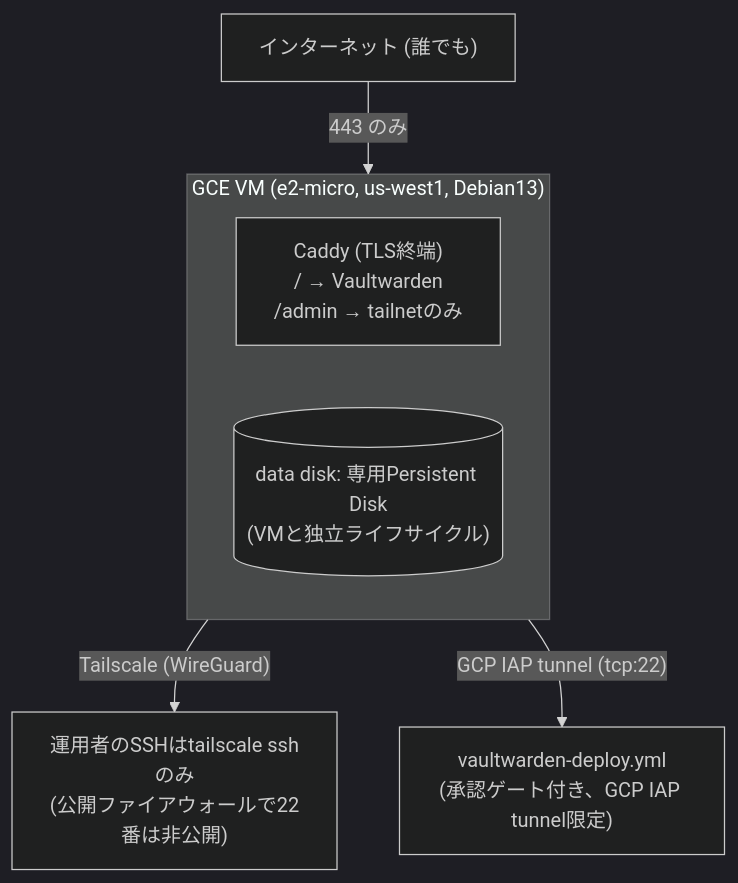
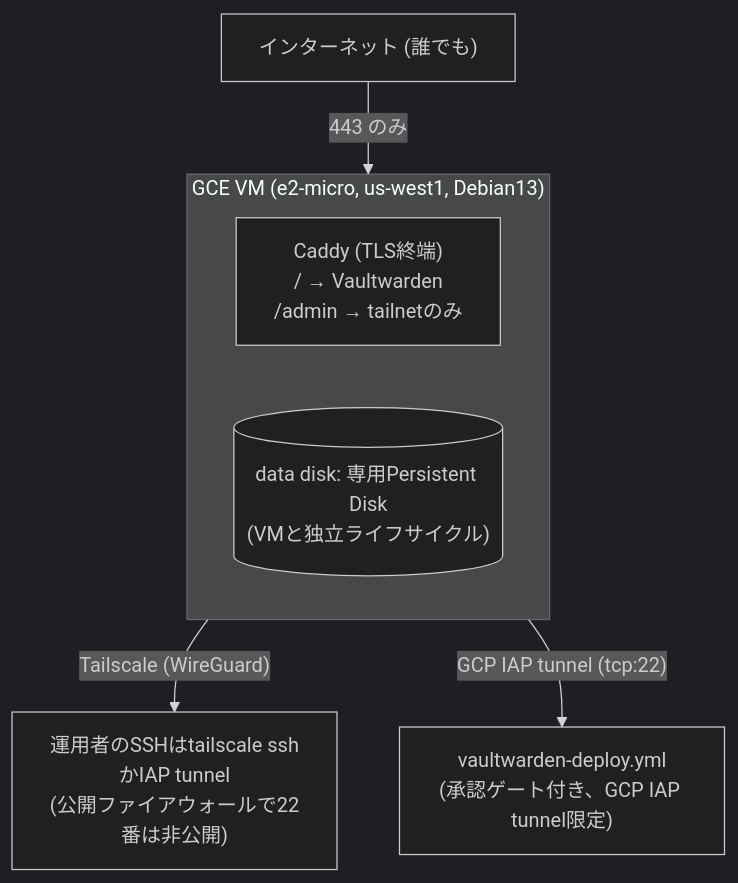
One commit to kuchida1981/vaultwarden-ops changed the diagram in README.ja.md. Above: the diagram before and after it, drawn with Mermaid (dark theme). The commit also changed other lines of this file and 1 other file, not shown here.

First line of the commit message:
docs: describe IAP tunnel as the SSH fallback

````diff
--- a/README.ja.md
+++ b/README.ja.md
@@ -19,14 +19,14 @@
 ```mermaid
 flowchart TB
     internet["インターネット (誰でも)"]
     subgraph vm["GCE VM (e2-micro, us-west1, Debian13)"]
         caddy["Caddy (TLS終端)<br/>/ → Vaultwarden<br/>/admin → tailnetのみ"]
         disk[("data disk: 専用Persistent Disk<br/>(VMと独立ライフサイクル)")]
     end
-    admin["運用者のSSHはtailscale sshのみ<br/>(公開ファイアウォールで22番は非公開)"]
+    admin["運用者のSSHはtailscale sshかIAP tunnel<br/>(公開ファイアウォールで22番は非公開)"]
     ci["vaultwarden-deploy.yml<br/>(承認ゲート付き、GCP IAP tunnel限定)"]
 
     internet -->|"443 のみ"| vm
     vm -->|"Tailscale (WireGuard)"| admin
     vm -->|"GCP IAP tunnel (tcp:22)"| ci
 ```
````
